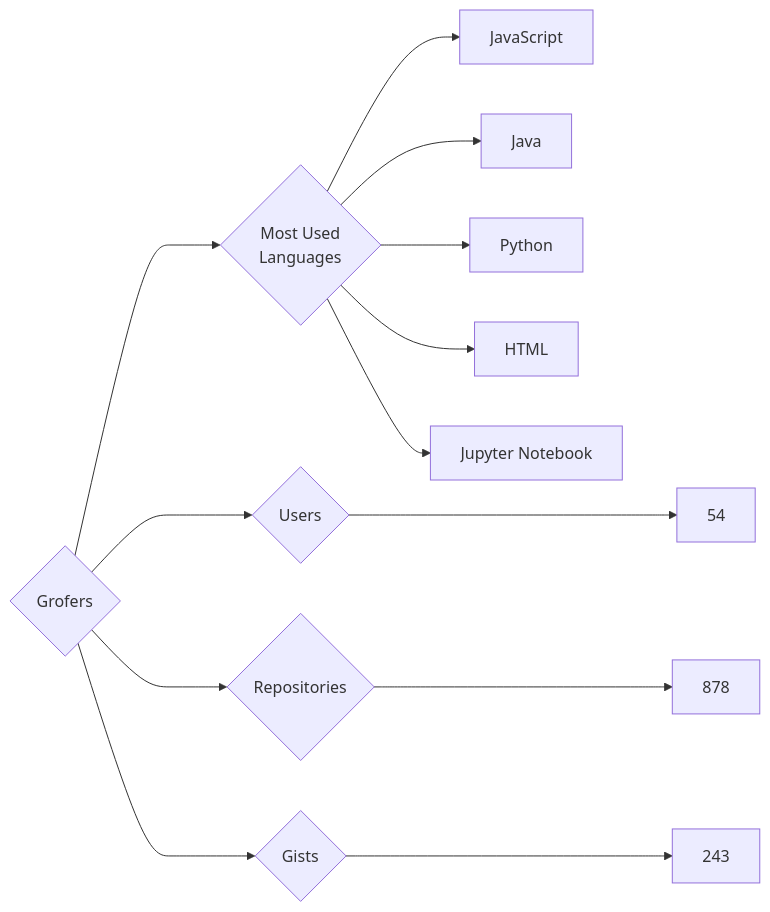
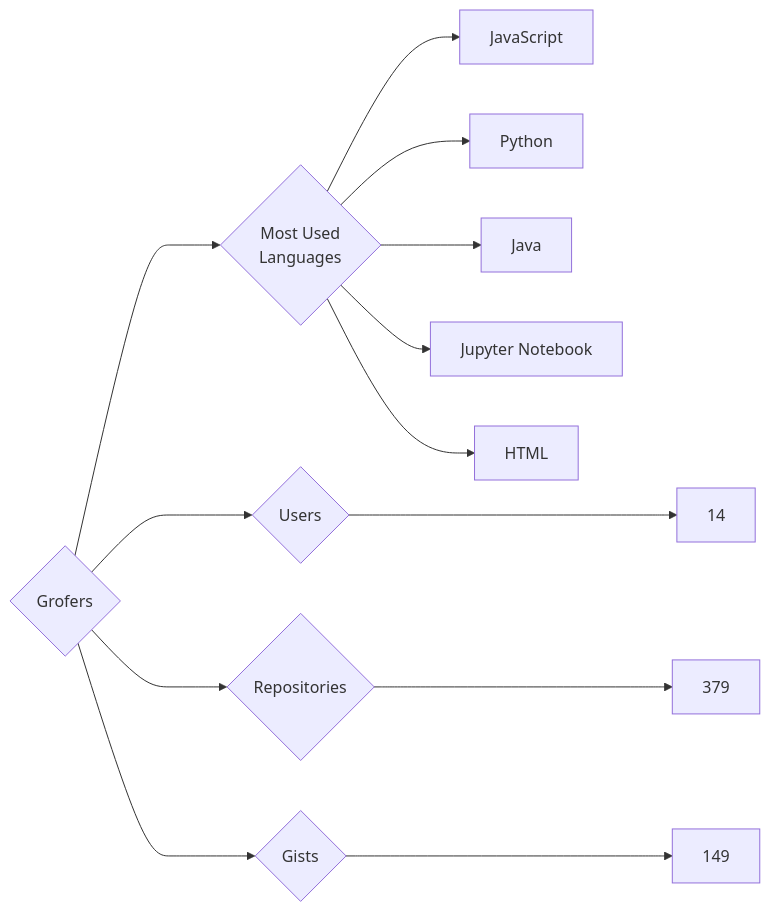
The diagram in targets/Grofers/README.md (trickest/insiders), drawn with Mermaid before and after one commit. The commit also changed 927 other files, not shown here.

````diff
--- a/targets/Grofers/README.md
+++ b/targets/Grofers/README.md
@@ -3,13 +3,13 @@
 ```mermaid
 graph LR
 COMPANY_NAME{Grofers}
-COMPANY_NAME ---> U{Users} ---> UN[54]
-COMPANY_NAME ---> R{Repositories} ---> RN[878]
-COMPANY_NAME ---> G{Gists} ---> GN[243]
+COMPANY_NAME ---> U{Users} ---> UN[14]
+COMPANY_NAME ---> R{Repositories} ---> RN[379]
+COMPANY_NAME ---> G{Gists} ---> GN[149]
 COMPANY_NAME ---> ML{Most Used<br>Languages}
 ML --> JavaScript[JavaScript]
+ML --> Python[Python]
 ML --> Java[Java]
-ML --> Python[Python]
+ML --> Jupyter_Notebook[Jupyter Notebook]
 ML --> HTML[HTML]
-ML --> Jupyter_Notebook[Jupyter Notebook]
 ```
````
